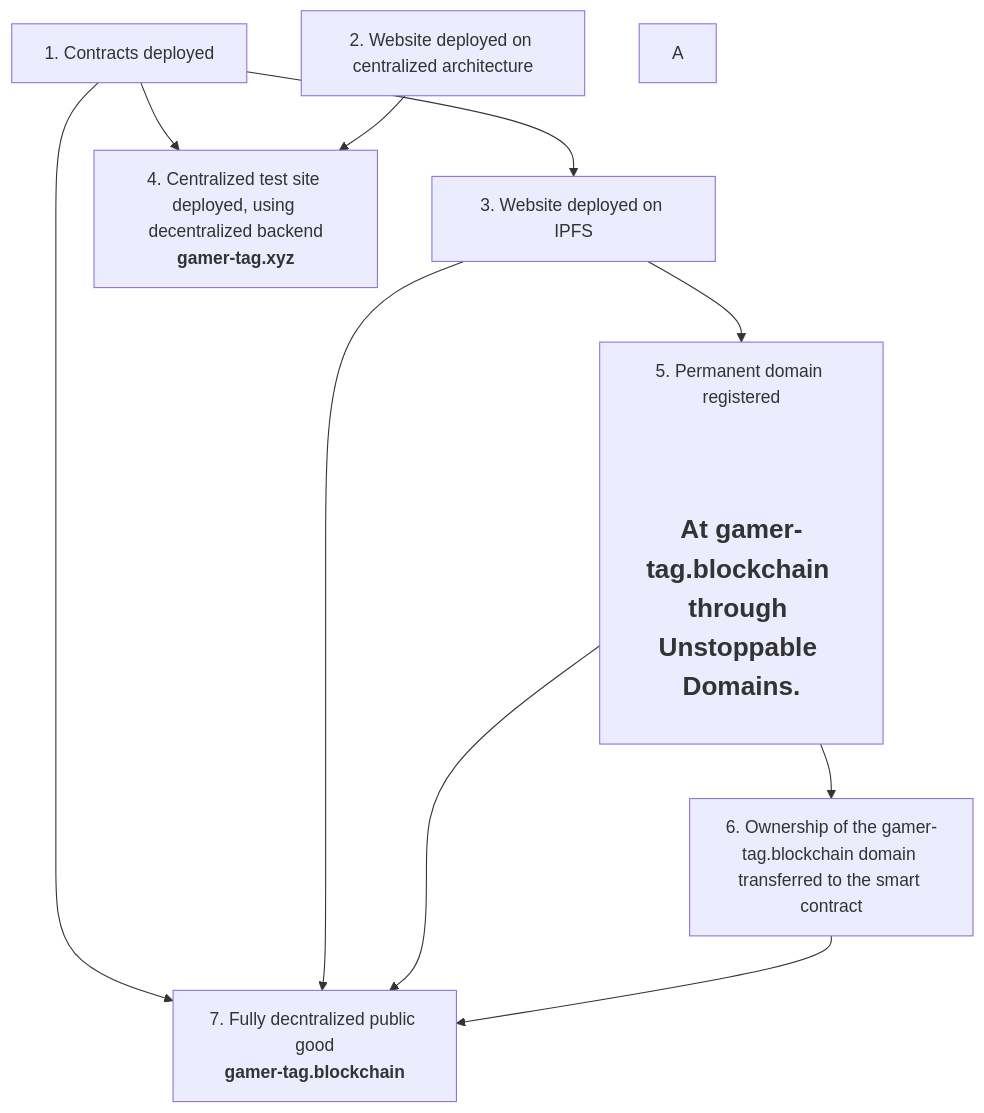
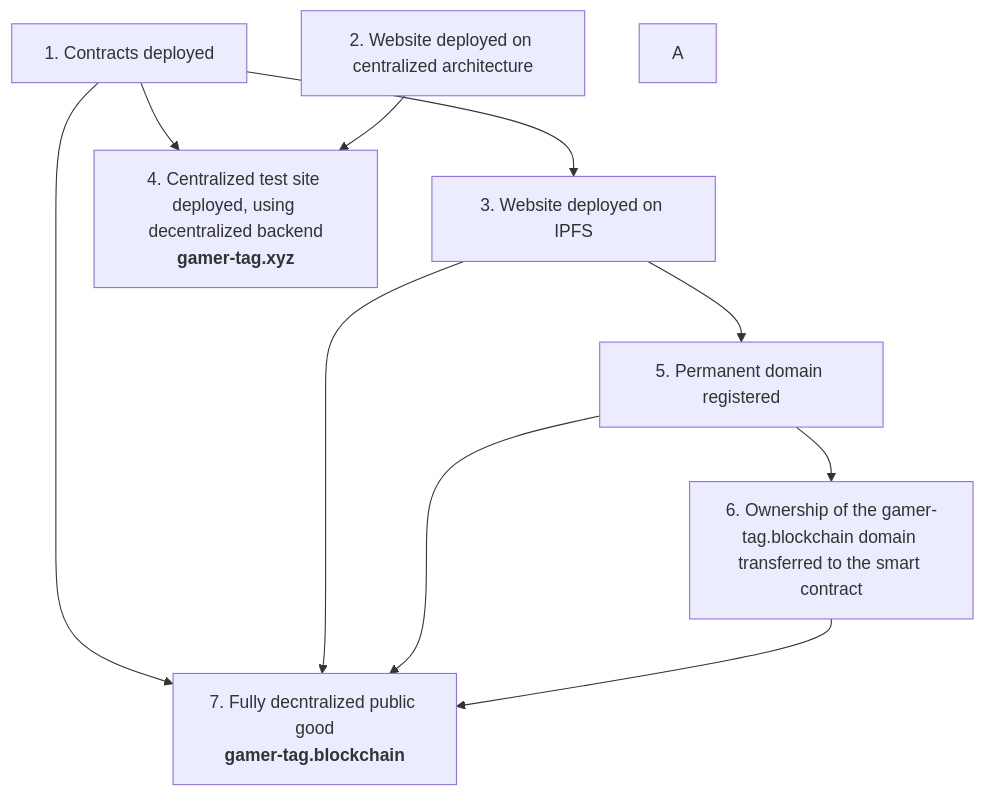
One commit to TerryJHarrison/gamer-tag changed the diagram in README.md. Above: the diagram before and after it, drawn with Mermaid.

````diff
--- a/README.md
+++ b/README.md
@@ -9,27 +9,27 @@
 ```mermaid
 flowchart TD
 	contracts["1. Contracts deployed"]
 	
 	centralizedWeb["2. Website deployed on centralized architecture"]
 	decentralizedWeb["3. Website deployed on IPFS"]
 	
 	centralizedTestSite["4. Centralized test site deployed, using decentralized backend<br/><b>gamer-tag.xyz</b>"]
 	
-	permanentDomain["5. Permanent domain registered<h1> <h2>At gamer-tag.blockchain through Unstoppable Domains."]
+	permanentDomain["5. Permanent domain registered"]
 	noDomainOwner["6. Ownership of the gamer-tag.blockchain domain transferred to the smart contract"]
 	
 	decentralizedApplication["7. Fully decntralized public good<br/><b>gamer-tag.blockchain</b>"]
 	
 	contracts --> centralizedTestSite
 	centralizedWeb --> centralizedTestSite
 	
 	contracts --> decentralizedWeb
 	decentralizedWeb --> permanentDomain --> noDomainOwner
 	
 	contracts --> decentralizedApplication
 	decentralizedWeb --> decentralizedApplication
 	permanentDomain --> decentralizedApplication
 	noDomainOwner --> decentralizedApplication
 	
 	style A text-size:22px;
 ```
````
